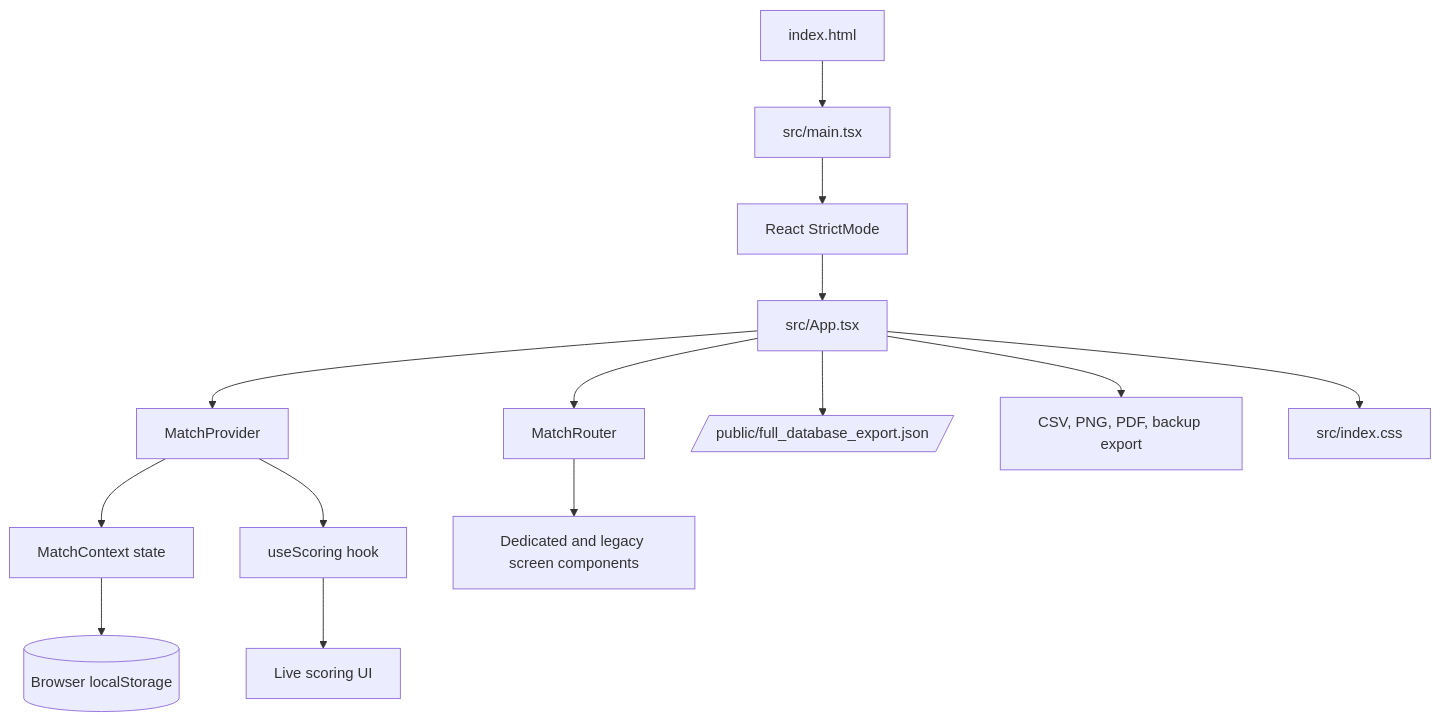
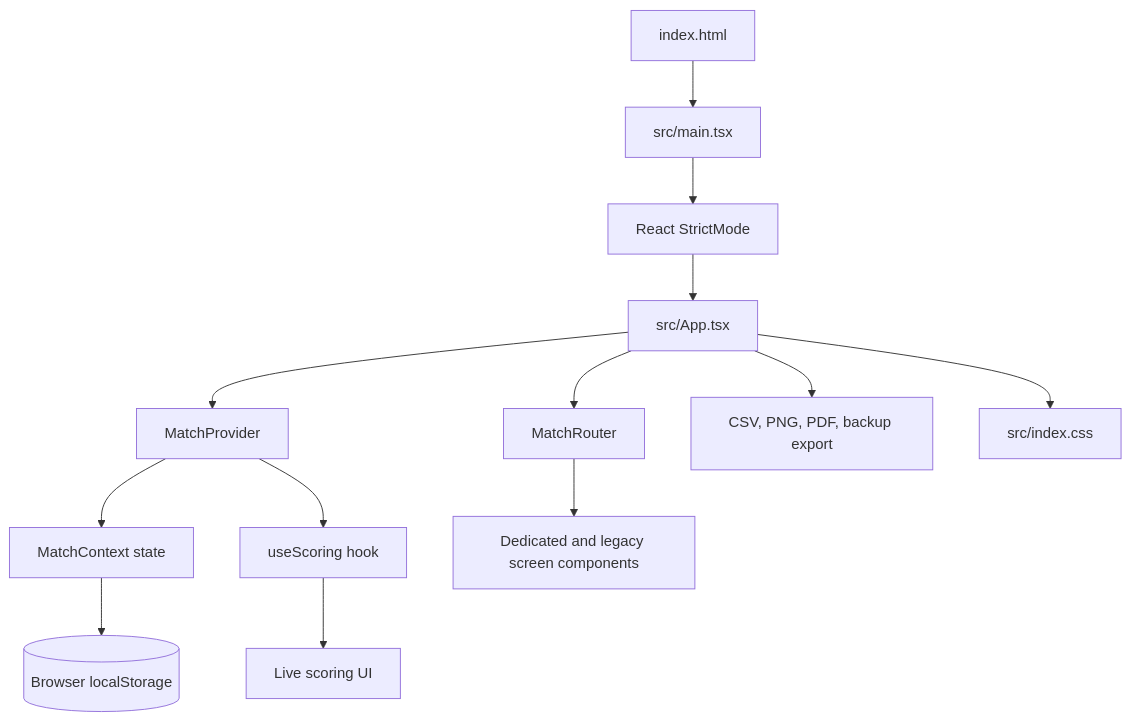
One commit to nandhakrishnasr/scoreMate-app changed the first of 5 diagrams in docs/CODEBASE_GUIDE.md. Above: the diagram before and after it, drawn with Mermaid. The commit also changed other lines of this file and 4 other files, not shown here.

````diff
--- a/docs/CODEBASE_GUIDE.md
+++ b/docs/CODEBASE_GUIDE.md
@@ -35,16 +35,15 @@
 ```mermaid
 flowchart TD
     HTML[index.html] --> MAIN[src/main.tsx]
     MAIN --> REACT[React StrictMode]
     REACT --> APP[src/App.tsx]
     APP --> PROVIDER[MatchProvider]
     PROVIDER --> CONTEXT[MatchContext state]
     PROVIDER --> SCORING[useScoring hook]
     APP --> ROUTER[MatchRouter]
     ROUTER --> SCREENS[Dedicated and legacy screen components]
     SCORING --> LIVE[Live scoring UI]
     CONTEXT --> STORAGE[(Browser localStorage)]
-    APP --> STATIC_DB[/public/full_database_export.json/]
     APP --> EXPORTS[CSV, PNG, PDF, backup export]
     APP --> CSS[src/index.css]
 ```
````
